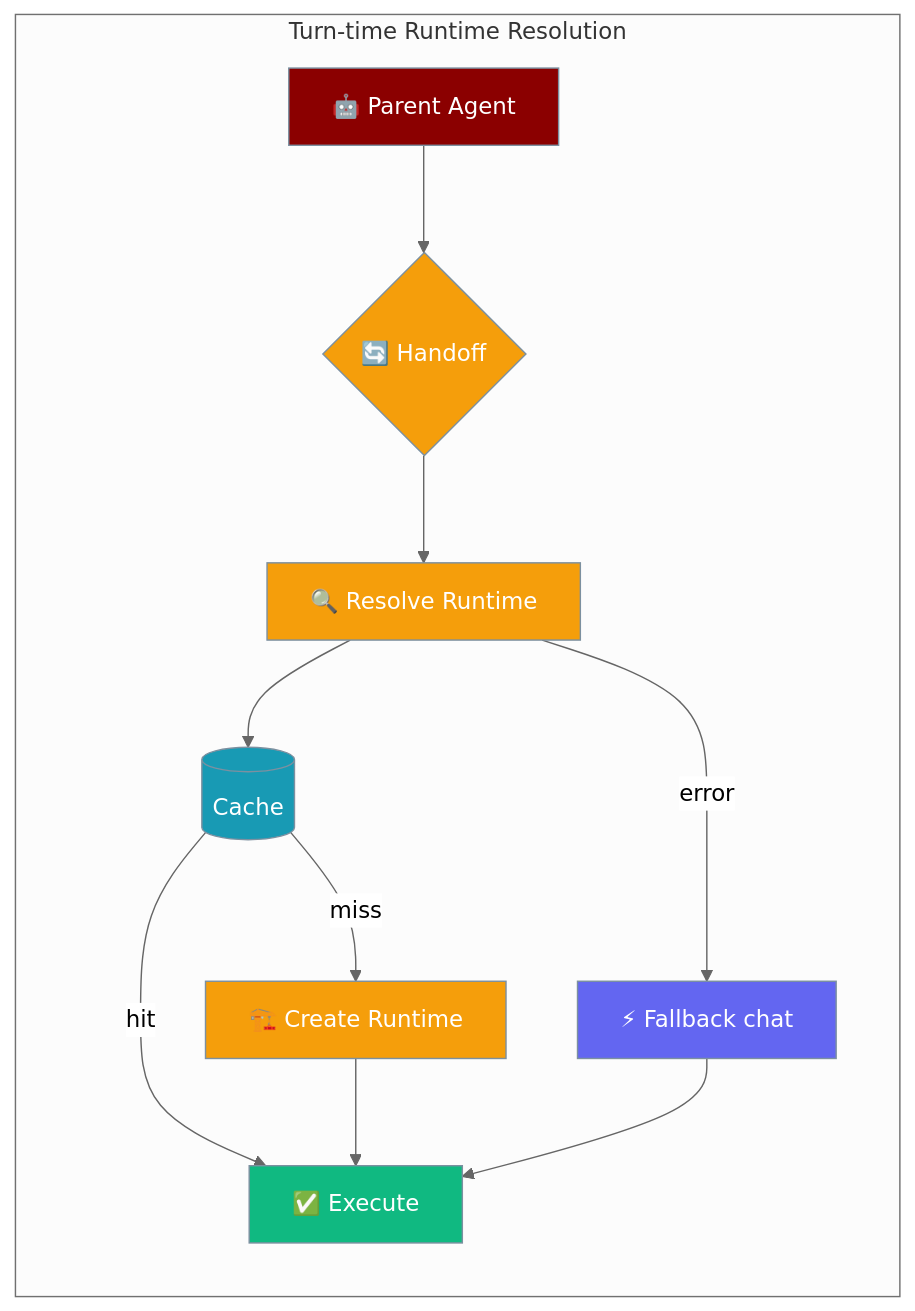
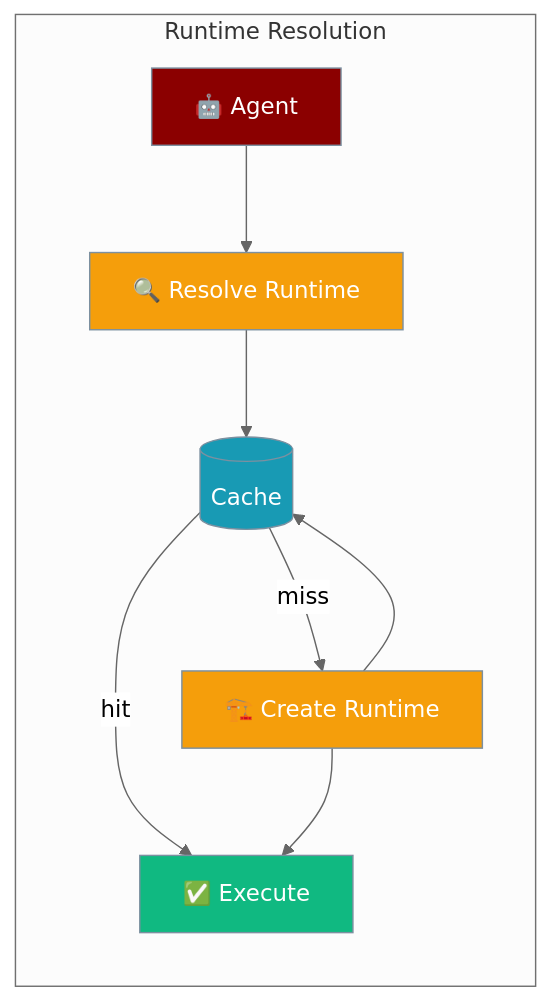
Before and after one commit to MervinPraison/PraisonAIDocs: the first of 2 diagrams in docs/features/runtime-resolution.mdx, drawn with Mermaid (neutral theme). The commit also changed other lines of this file and 1 other file, not shown here.

Commit message:
docs: update handoff & runtime-resolution pages for agent.chat() execution (fixes #823)

````diff
--- a/docs/features/runtime-resolution.mdx
+++ b/docs/features/runtime-resolution.mdx
@@ -10,25 +14,21 @@
 ```mermaid
 graph LR
-    subgraph "Turn-time Runtime Resolution"
-        A[🤖 Parent Agent] --> B{🔄 Handoff}
-        B --> C[🔍 Resolve Runtime]
-        C --> D[(Cache)]
-        D -->|hit| E[✅ Execute]
-        D -->|miss| F[🏗️ Create Runtime]
+    subgraph "Runtime Resolution"
+        A[🤖 Agent] --> B[🔍 Resolve Runtime]
+        B --> C[(Cache)]
+        C -->|hit| E[✅ Execute]
+        C -->|miss| F[🏗️ Create Runtime]
+        F --> C
         F --> E
-        C -->|error| G[⚡ Fallback chat]
-        G --> E
     end
 
     classDef agent fill:#8B0000,stroke:#7C90A0,color:#fff
     classDef process fill:#F59E0B,stroke:#7C90A0,color:#fff
     classDef cache fill:#189AB4,stroke:#7C90A0,color:#fff
     classDef success fill:#10B981,stroke:#7C90A0,color:#fff
-    classDef fallback fill:#6366F1,stroke:#7C90A0,color:#fff
 
     class A agent
-    class B,C,F process
-    class D cache
+    class B,F process
+    class C cache
     class E success
-    class G fallback
 ```
````
